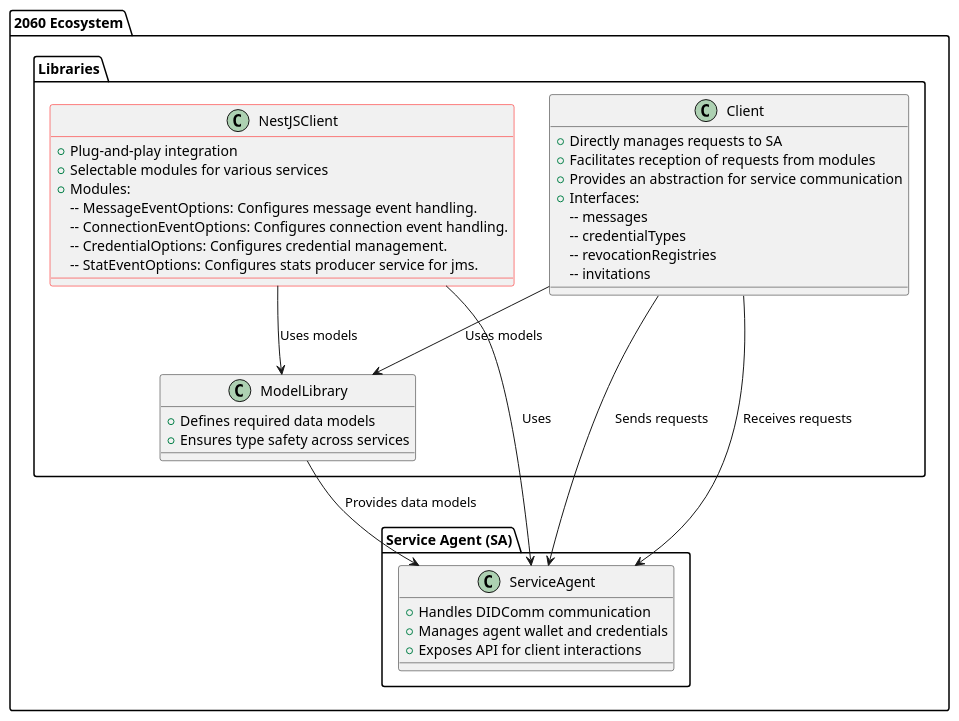
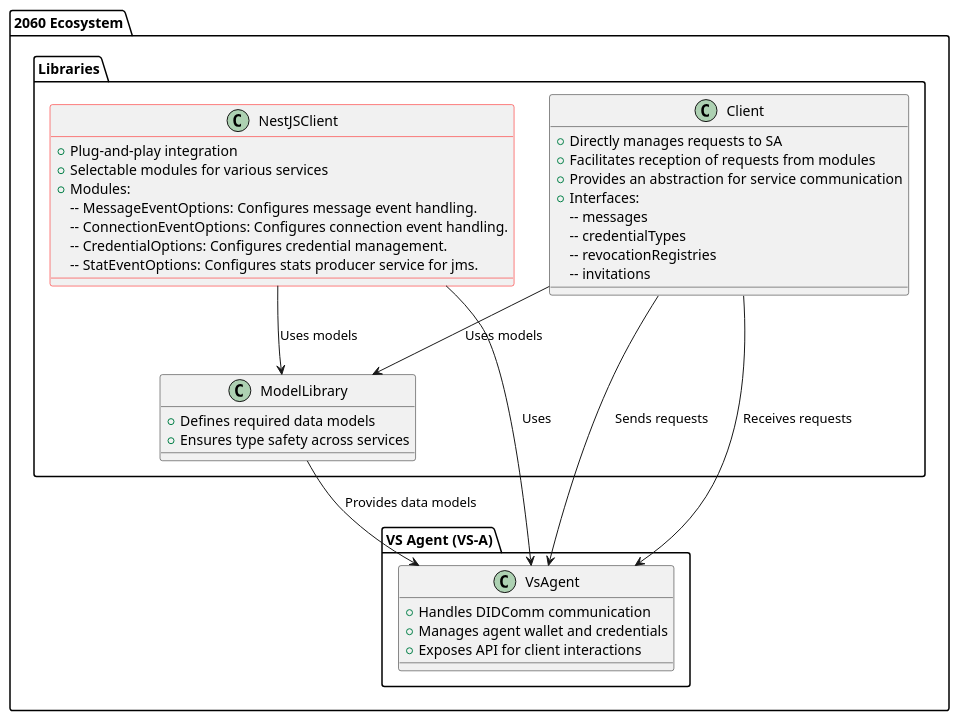
One commit to 2060-io/vs-agent changed the diagram in packages/nestjs-client/README.md. Above: the diagram before and after it, drawn with PlantUML. The commit also changed other lines of this file and 109 other files, not shown here.

````diff
--- a/packages/nestjs-client/README.md
+++ b/packages/nestjs-client/README.md
@@ -16,49 +16,49 @@
 ```plantuml
 @startuml
 
 package "2060 Ecosystem" {
-    package "Service Agent (SA)" {
-        class ServiceAgent {
+    package "VS Agent (VS-A)" {
+        class VsAgent {
             + Handles DIDComm communication
             + Manages agent wallet and credentials
             + Exposes API for client interactions
         }
     }
     
     package "Libraries" {
         class NestJSClient ##red {
             + Plug-and-play integration
             + Selectable modules for various services
             + Modules:
               -- MessageEventOptions: Configures message event handling.
               -- ConnectionEventOptions: Configures connection event handling.
               -- CredentialOptions: Configures credential management.
               -- StatEventOptions: Configures stats producer service for jms.
         }
         class Client {
             + Directly manages requests to SA
             + Facilitates reception of requests from modules
             + Provides an abstraction for service communication
             + Interfaces:
               -- messages
               -- credentialTypes
               -- revocationRegistries
               -- invitations
       
         }
         class ModelLibrary {
             + Defines required data models
             + Ensures type safety across services
         }
     }
 }
 
-NestJSClient --> ServiceAgent : Uses
-Client --> ServiceAgent : Sends requests
-Client --> ServiceAgent : Receives requests
+NestJSClient --> VsAgent : Uses
+Client --> VsAgent : Sends requests
+Client --> VsAgent : Receives requests
 Client --> ModelLibrary : Uses models
-ModelLibrary --> ServiceAgent : Provides data models
+ModelLibrary --> VsAgent : Provides data models
 NestJSClient --> ModelLibrary : Uses models
 
 @enduml
 ```
````
